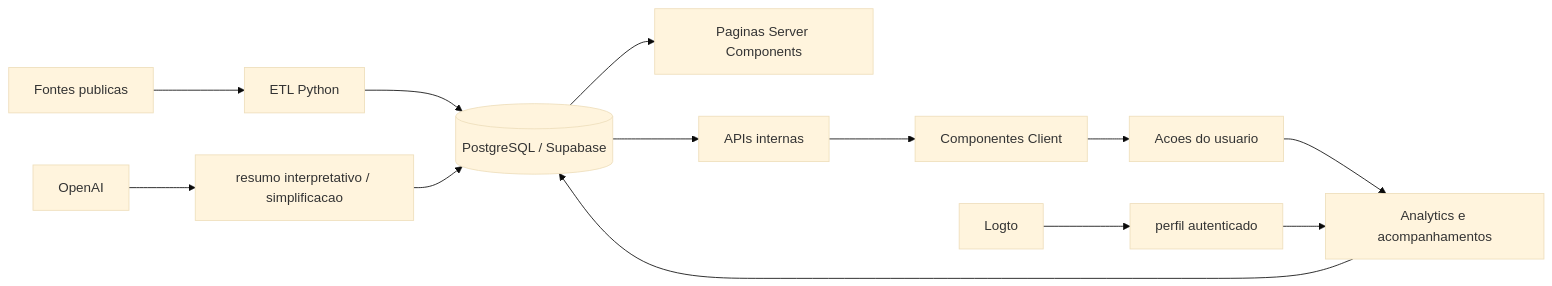
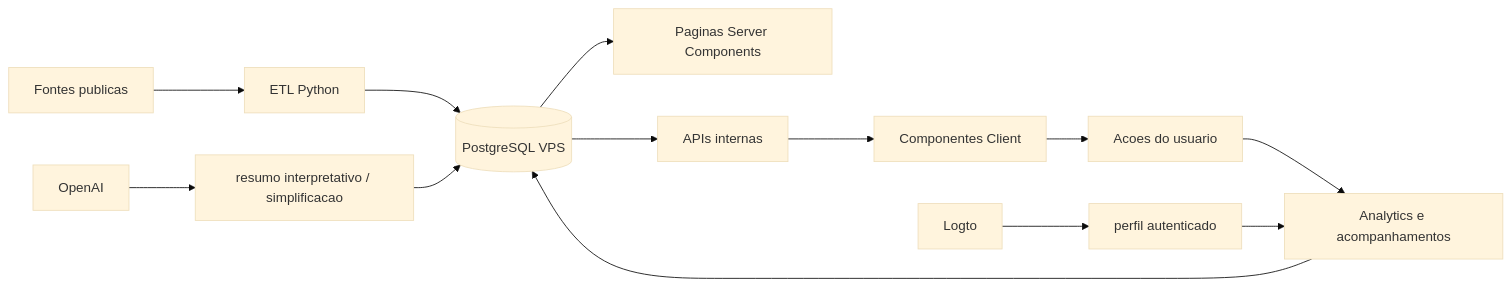
Before and after one commit to paulobolliger/meus-politicos: the second of 4 diagrams in docs/ARCHITECTURE.md, drawn with Mermaid (base theme). The commit also changed other lines of this file and 289 other files, not shown here.

````diff
--- a/docs/ARCHITECTURE.md
+++ b/docs/ARCHITECTURE.md
@@ -79,17 +79,17 @@
 ```mermaid
 flowchart LR
   A[Fontes publicas] --> B[ETL Python]
-  B --> C[(PostgreSQL / Supabase)]
+  B --> C[(PostgreSQL VPS)]
   C --> D[Paginas Server Components]
   C --> E[APIs internas]
   E --> F[Componentes Client]
   F --> G[Acoes do usuario]
   G --> H[Analytics e acompanhamentos]
   H --> C
 
   I[Logto] --> J[perfil autenticado]
   J --> H
 
   K[OpenAI] --> L[resumo interpretativo / simplificacao]
   L --> C
 ```
````
